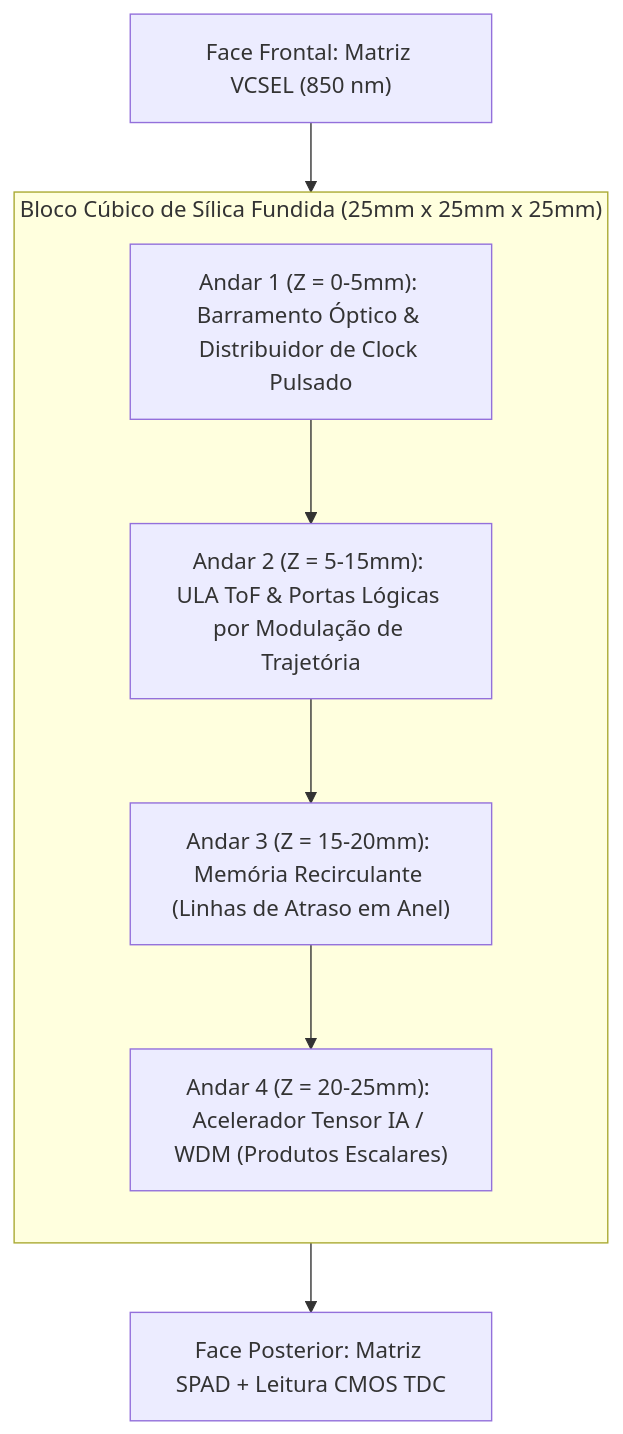
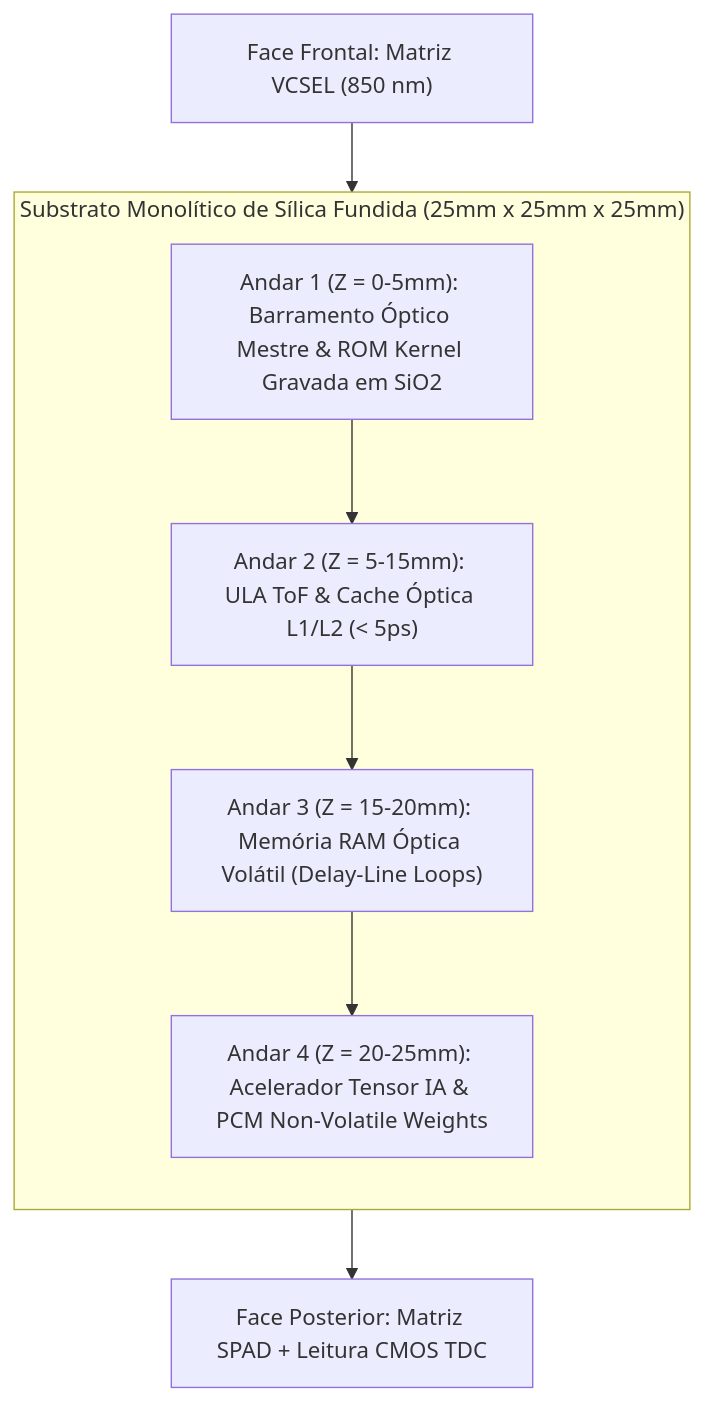
One commit to Roliveira96/SilicaCore changed the diagram in README.md. Above: the diagram before and after it, drawn with Mermaid. The commit also changed other lines of this file and 8 other files, not shown here.

````diff
--- a/README.md
+++ b/README.md
@@ -80,17 +71,17 @@
 ```mermaid
 flowchart TD
-    subgraph CuboSilica["Bloco Cúbico de Sílica Fundida (25mm x 25mm x 25mm)"]
+    subgraph CuboSilica["Substrato Monolítico de Sílica Fundida (25mm x 25mm x 25mm)"]
         direction TB
-        Andar4["Andar 4 (Z = 20-25mm): Acelerador Tensor IA / WDM (Produtos Escalares)"]
-        Andar3["Andar 3 (Z = 15-20mm): Memória Recirculante (Linhas de Atraso em Anel)"]
-        Andar2["Andar 2 (Z = 5-15mm): ULA ToF & Portas Lógicas por Modulação de Trajetória"]
-        Andar1["Andar 1 (Z = 0-5mm): Barramento Óptico & Distribuidor de Clock Pulsado"]
-        
+        Andar4["Andar 4 (Z = 20-25mm): Acelerador Tensor IA & PCM Non-Volatile Weights"]
+        Andar3["Andar 3 (Z = 15-20mm): Memória RAM Óptica Volátil (Delay-Line Loops)"]
+        Andar2["Andar 2 (Z = 5-15mm): ULA ToF & Cache Óptica L1/L2 (< 5ps)"]
+        Andar1["Andar 1 (Z = 0-5mm): Barramento Óptico Mestre & ROM Kernel Gravada em SiO2"]
+
         Andar1 --> Andar2
         Andar2 --> Andar3
         Andar3 --> Andar4
     end
 
     Input["Face Frontal: Matriz VCSEL (850 nm)"] --> CuboSilica
     CuboSilica --> Output["Face Posterior: Matriz SPAD + Leitura CMOS TDC"]
 ```
````
